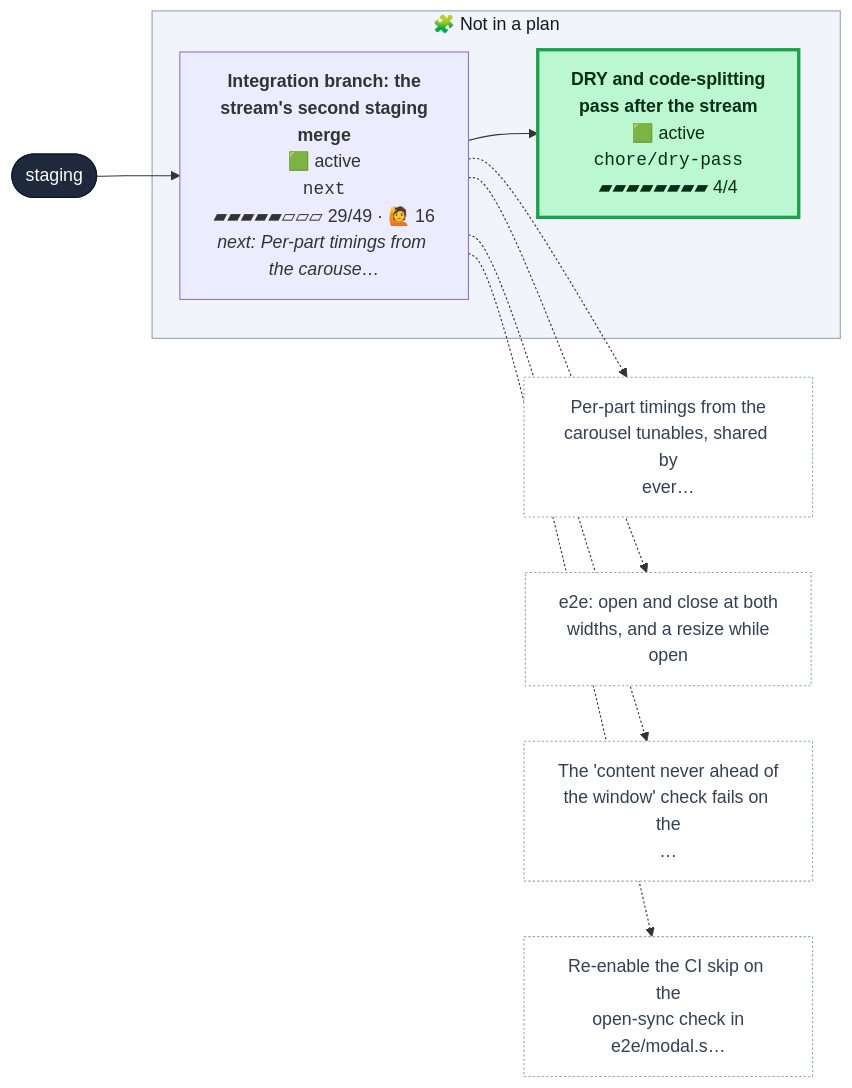
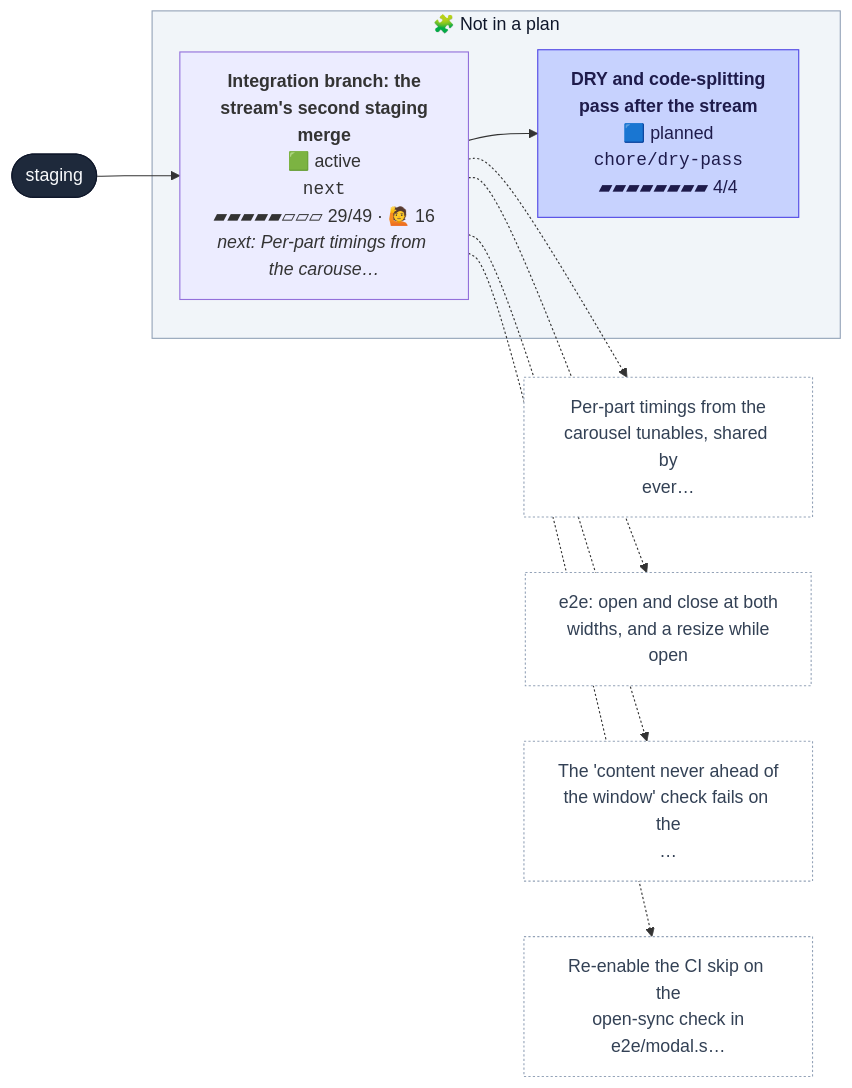
The first of 2 diagrams in CONTRIBUTING.md (henryjonescodes/portfolio), drawn with Mermaid before and after one commit. The commit also changed other lines of this file, not shown here.

````diff
--- a/CONTRIBUTING.md
+++ b/CONTRIBUTING.md
@@ -16,35 +16,35 @@
 ```mermaid
 flowchart LR
   n_staging([staging])
   class n_staging trunk
   subgraph loose["🧩 Not in a plan"]
-    n_chore_dry_pass["<b>DRY and code-splitting<br/>pass after the stream</b><br/>🟩 active<br/><code>chore/dry-pass</code><br/>▰▰▰▰▰▰▰▰ 4/4"]
-    class n_chore_dry_pass active
+    n_chore_dry_pass["<b>DRY and code-splitting<br/>pass after the stream</b><br/>🟦 planned<br/><code>chore/dry-pass</code><br/>▰▰▰▰▰▰▰▰ 4/4"]
+    class n_chore_dry_pass planned
     n_next["<b>Integration branch: the<br/>stream's second staging<br/>merge</b><br/>🟩 active<br/><code>next</code><br/>▰▰▰▰▰▱▱▱ 29/49 · 🙋 16<br/><i>next: Per-part timings from the carouse…</i>"]
     class n_next active,current
   end
   style loose fill:#f1f5f9,stroke:#94a3b8,color:#0f172a
   n_next --> n_chore_dry_pass
   n_staging --> n_next
   n_next_t0["Per-part timings from the<br/>carousel tunables, shared by<br/>ever…"]
   class n_next_t0 todo
   n_next -.-> n_next_t0
   n_next_t1["e2e: open and close at both<br/>widths, and a resize while<br/>open"]
   class n_next_t1 todo
   n_next -.-> n_next_t1
   n_next_t2["The 'content never ahead of<br/>the window' check fails on the<br/>…"]
   class n_next_t2 todo
   n_next -.-> n_next_t2
   n_next_t3["Re-enable the CI skip on the<br/>open-sync check in<br/>e2e/modal.s…"]
   class n_next_t3 todo
   n_next -.-> n_next_t3
   classDef merged fill:#dcfce7,stroke:#16a34a,color:#052e16
   classDef todo fill:#ffffff,stroke:#94a3b8,stroke-dasharray:2 2,color:#334155
   classDef planned fill:#c7d2fe,stroke:#4f46e5,color:#1e1b4b
   classDef sketched fill:#f8fafc,stroke:#64748b,stroke-dasharray:4 3,color:#334155
   classDef active fill:#bbf7d0,stroke:#16a34a,stroke-width:3px,color:#052e16
   classDef review fill:#fde68a,stroke:#d97706,stroke-width:3px,color:#451a03
   classDef blocked fill:#fecaca,stroke:#dc2626,stroke-width:3px,color:#450a0a
   classDef trunk fill:#1e293b,stroke:#0f172a,color:#f8fafc
   classDef current stroke:#0ea5e9,stroke-width:5px
 ```
````
